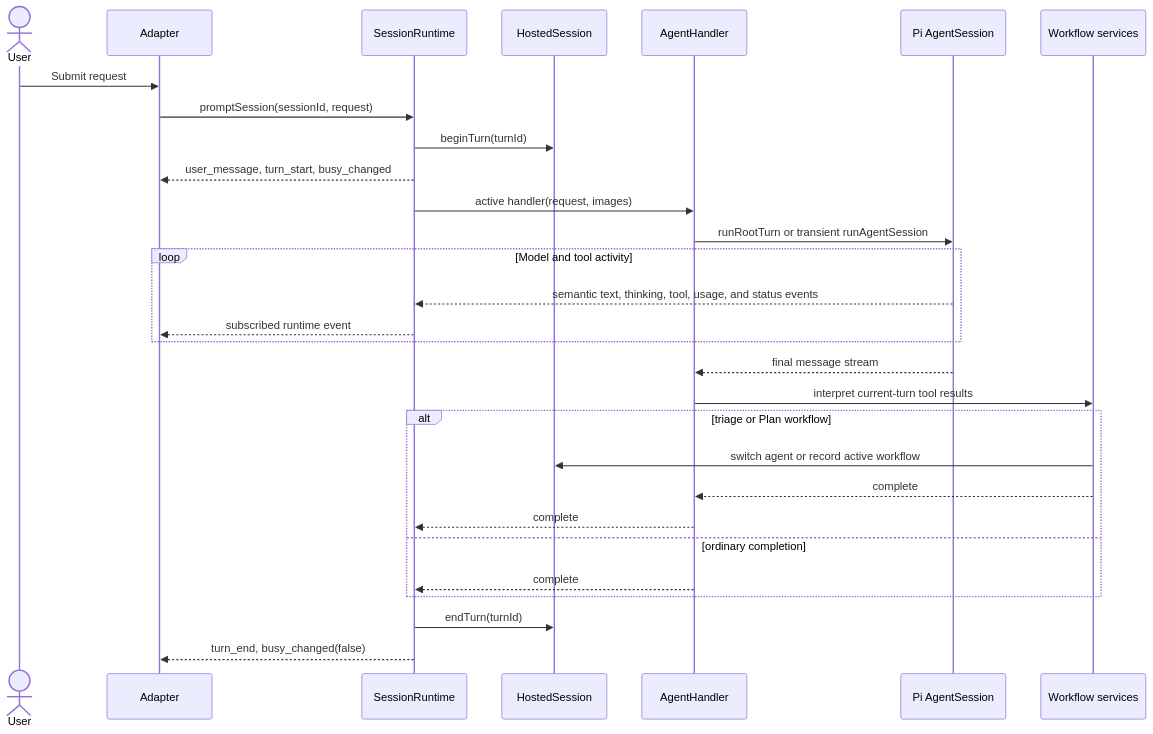
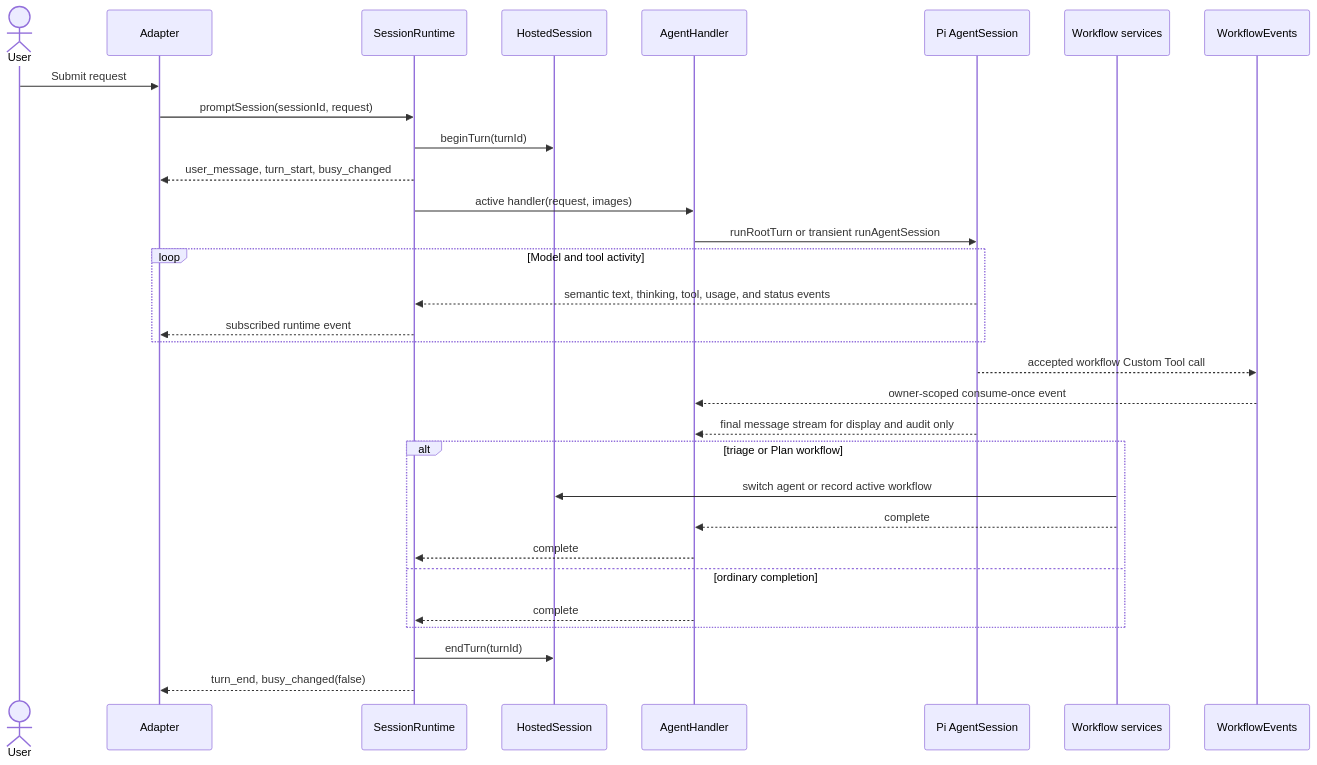
Before and after one commit to gandazgul/runwield: the eighth of 13 diagrams in docs/architecture.md, drawn with Mermaid. The commit also changed other lines of this file and 25 other files, not shown here.

First line of the commit message:
Complete make-workflow-tool-events-authoritative

````diff
--- a/docs/architecture.md
+++ b/docs/architecture.md
@@ -435,36 +435,37 @@
 ```mermaid
 sequenceDiagram
     actor User
     participant Adapter
     participant Runtime as SessionRuntime
     participant Hosted as HostedSession
     participant Handler as AgentHandler
     participant Pi as Pi AgentSession
     participant Workflow as Workflow services
 
     User->>Adapter: Submit request
     Adapter->>Runtime: promptSession(sessionId, request)
     Runtime->>Hosted: beginTurn(turnId)
     Runtime-->>Adapter: user_message, turn_start, busy_changed
     Runtime->>Handler: active handler(request, images)
     Handler->>Pi: runRootTurn or transient runAgentSession
 
     loop Model and tool activity
         Pi-->>Runtime: semantic text, thinking, tool, usage, and status events
         Runtime-->>Adapter: subscribed runtime event
     end
 
-    Pi-->>Handler: final message stream
-    Handler->>Workflow: interpret current-turn tool results
+    Pi-->>WorkflowEvents: accepted workflow Custom Tool call
+    WorkflowEvents-->>Handler: owner-scoped consume-once event
+    Pi-->>Handler: final message stream for display and audit only
 
     alt triage or Plan workflow
         Workflow->>Hosted: switch agent or record active workflow
         Workflow-->>Handler: complete
         Handler-->>Runtime: complete
     else ordinary completion
         Handler-->>Runtime: complete
     end
 
     Runtime->>Hosted: endTurn(turnId)
     Runtime-->>Adapter: turn_end, busy_changed(false)
 ```
````
